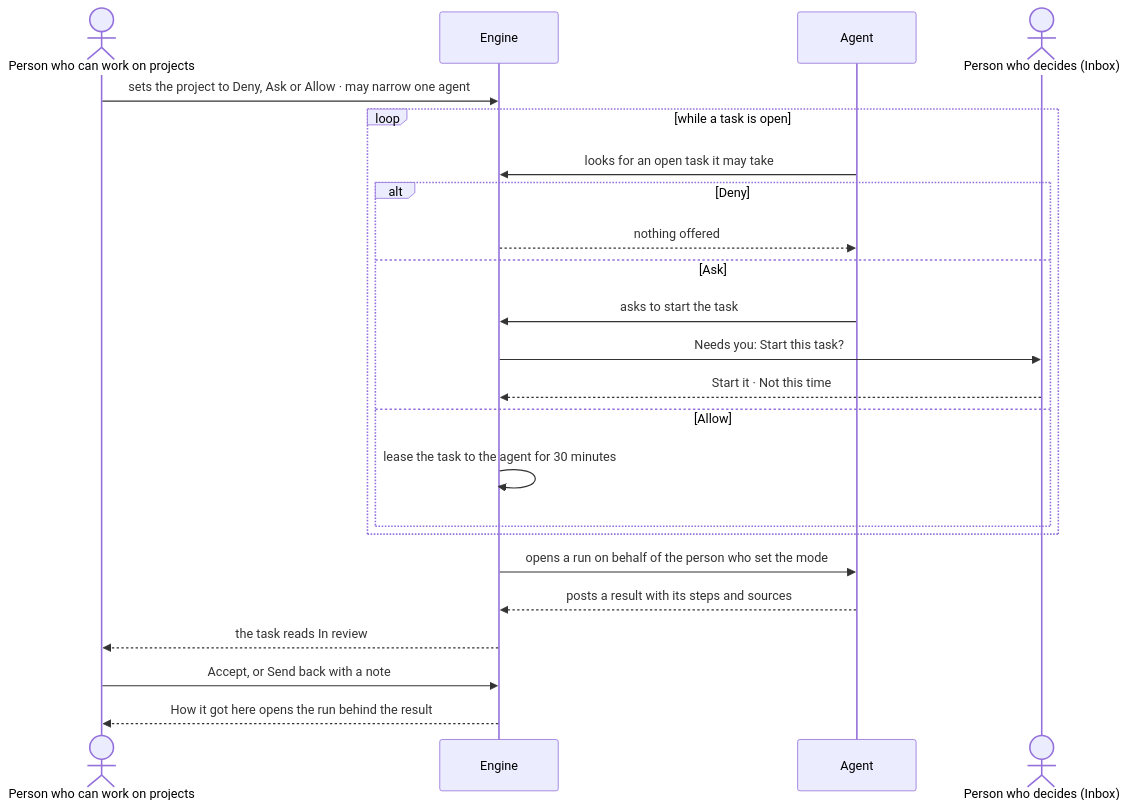
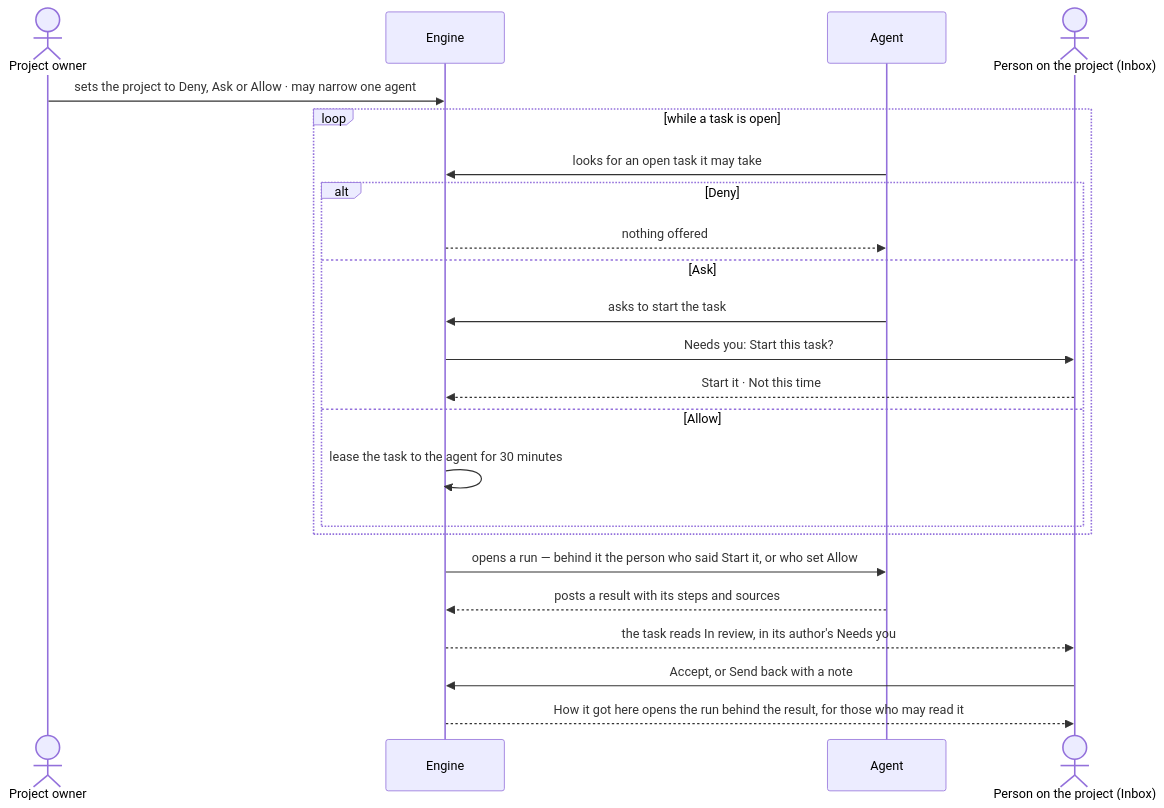
One commit to invana/invana changed the second of 2 diagrams in specs/capabilities/projects/features/PJ-F01-projects-and-tasks/feature.md. Above: the diagram before and after it, drawn with Mermaid. The commit also changed other lines of this file and 522 other files, not shown here.

````diff
--- a/specs/capabilities/projects/features/PJ-F01-projects-and-tasks/feature.md
+++ b/specs/capabilities/projects/features/PJ-F01-projects-and-tasks/feature.md
@@ -69,25 +70,25 @@
 ```mermaid
 sequenceDiagram
-  actor P as Person who can work on projects
+  actor O as Project owner
   participant E as Engine
   participant A as Agent
-  actor D as Person who decides (Inbox)
-  P->>E: sets the project to Deny, Ask or Allow · may narrow one agent
+  actor D as Person on the project (Inbox)
+  O->>E: sets the project to Deny, Ask or Allow · may narrow one agent
   loop while a task is open
     A->>E: looks for an open task it may take
     alt Deny
       E-->>A: nothing offered
     else Ask
       A->>E: asks to start the task
       E->>D: Needs you: Start this task?
       D-->>E: Start it · Not this time
     else Allow
       E->>E: lease the task to the agent for 30 minutes
     end
   end
-  E->>A: opens a run on behalf of the person who set the mode
+  E->>A: opens a run — behind it the person who said Start it, or who set Allow
   A-->>E: posts a result with its steps and sources
-  E-->>P: the task reads In review
-  P->>E: Accept, or Send back with a note
-  E-->>P: How it got here opens the run behind the result
+  E-->>D: the task reads In review, in its author's Needs you
+  D->>E: Accept, or Send back with a note
+  E-->>D: How it got here opens the run behind the result, for those who may read it
 ```
````
